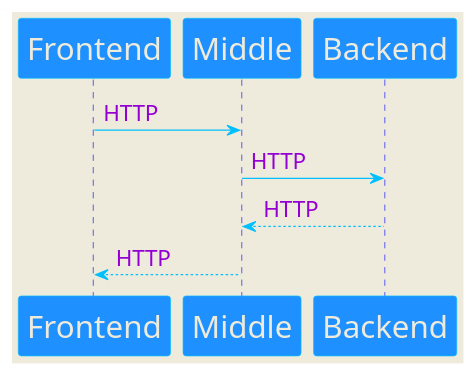
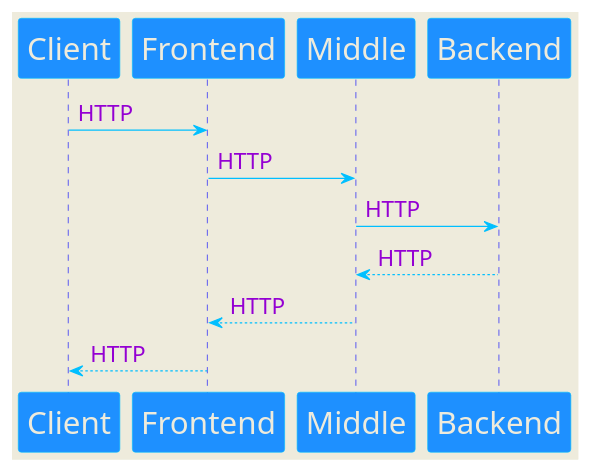
The diagram in README.md (gpb-it-factory/satvaldiev-telegram-bot), drawn with PlantUML before and after one commit. The commit also changed 2 other files, not shown here.

Commit message:
Задание 2. Исправлен README, добавлен .gitignore

````diff
--- a/README.md
+++ b/README.md
@@ -5,28 +5,31 @@
 ```plantuml
 @startuml
 skinparam backgroundColor #EEEBDC
 
 skinparam sequence {
 ArrowColor DeepSkyBlue
 ArrowFontSize 18
 ArrowFontColor darkviolet
 ArrowFontName Impact
 LifeLineBorderColor blue
 
 ParticipantBorderColor DeepSkyBlue
 ParticipantBackgroundColor DodgerBlue
 ParticipantFontName Impact
 ParticipantFontSize 25
 ParticipantFontColor #EEEBDC
 }
+participant Client
 participant Frontend 
 participant Middle 
 participant Backend 
 
 
+Client -> Frontend: HTTP
 Frontend -> Middle: HTTP
 Middle -> Backend: HTTP
 Backend --> Middle: HTTP
 Middle --> Frontend: HTTP
+Frontend --> Client: HTTP
 @enduml
 ```
````
